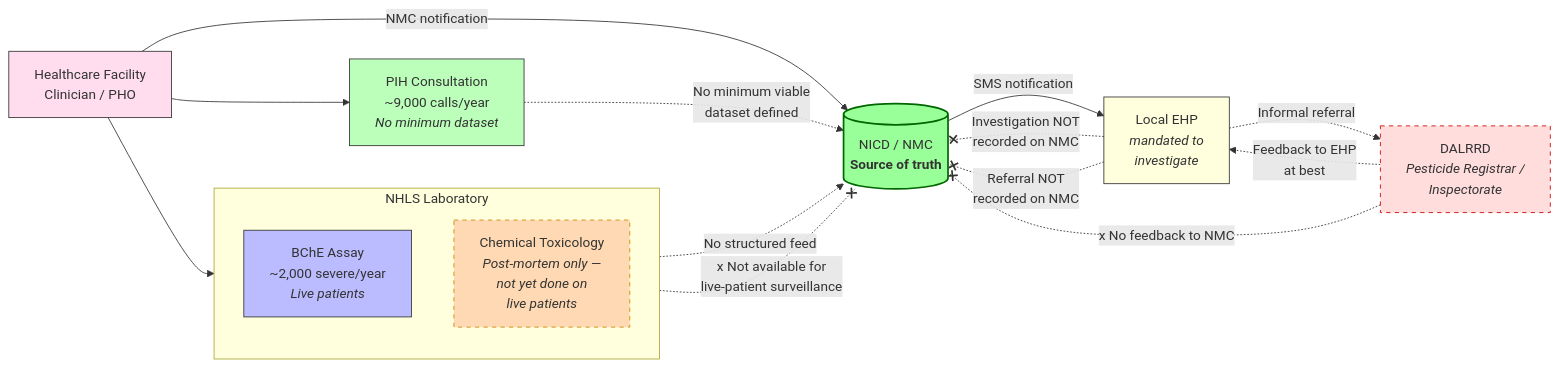
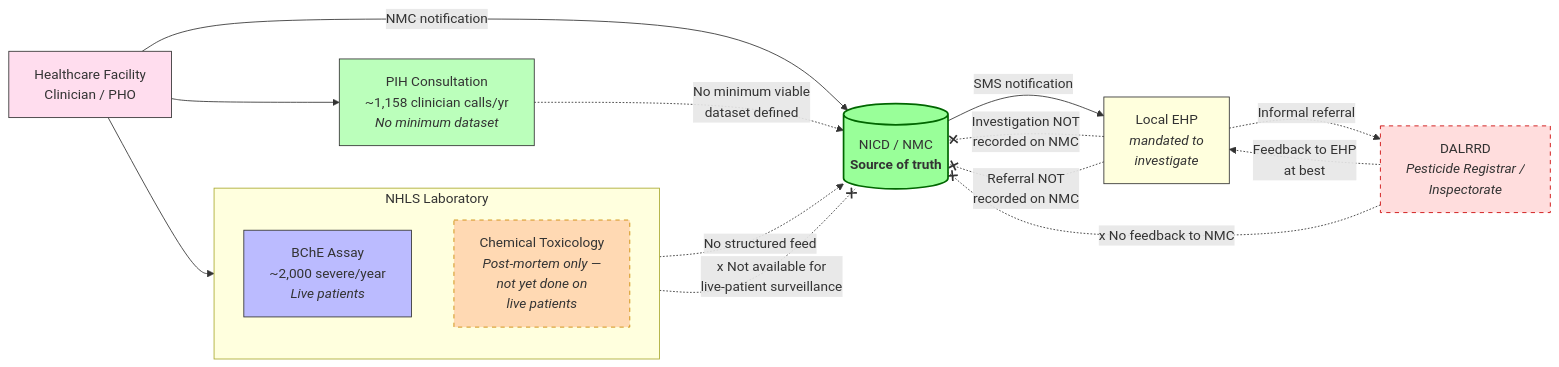
The first of 2 diagrams in posts/surveillance_concept_note.qmd (bridaybrummer/D2P_project), drawn with Mermaid before and after one commit. The commit also changed other lines of this file and 9 other files, not shown here.

````diff
--- a/posts/surveillance_concept_note.qmd
+++ b/posts/surveillance_concept_note.qmd
@@ -43,34 +43,34 @@
 ```{mermaid}
 %%| label: fig-current-system
 %%| fig-cap: "Current (fragmented) surveillance architecture. NICD is the de facto source-of-truth for case notifications. Notifications on the NMC platform trigger an SMS to the local EHP (mandated to investigate) but the investigation outcome is not recorded back on NMC. EHP→DALRRD referral is informal and likewise unrecorded. NHLS holds two distinct laboratory streams — BChE (live patients, ~2,000/yr severe) and Chemical Toxicology (post-mortem only — not yet done on live patients) — neither of which feeds NICD in a structured way. PIH consultations are not captured against a minimum viable dataset."
 flowchart LR
     A[Healthcare Facility<br/>Clinician / PHO] -->|NMC notification| E[("NICD / NMC<br/><b>Source of truth</b>")]
     A --> N[NHLS Laboratory]
 
     subgraph N[NHLS Laboratory]
         direction TB
         C1[BChE Assay<br/>~2,000 severe/year<br/><i>Live patients</i>]
         C2[Chemical Toxicology<br/><i>Post-mortem only —<br/>not yet done on<br/>live patients</i>]
     end
 
-    A --> D[PIH Consultation<br/>~9,000 calls/year<br/><i>No minimum dataset</i>]
+    A --> D[PIH Consultation<br/>~1,158 clinician calls/yr<br/><i>No minimum dataset</i>]
 
     E -->|SMS notification| H[Local EHP<br/><i>mandated to<br/>investigate</i>]
     H -.Investigation NOT<br/>recorded on NMC.-x E
     H -.Informal referral.-> I[DALRRD<br/><i>Pesticide Registrar /<br/>Inspectorate</i>]
     H -.Referral NOT<br/>recorded on NMC.-x E
     I -.Feedback to EHP<br/>at best.-> H
     I -.x No feedback to NMC.-x E
 
     C1 -.No structured feed.-> E
     C2 -.x Not available for<br/>live-patient surveillance.-x E
     D -.No minimum viable<br/>dataset defined.-> E
 
     style E fill:#9f9,stroke:#060,stroke-width:2px
     style A fill:#fde,stroke:#333
     style C1 fill:#bbf,stroke:#333
     style C2 fill:#ffd9b3,stroke:#cc8800,stroke-dasharray: 5 5
     style D fill:#bfb,stroke:#333
     style H fill:#ffd,stroke:#333
     style I fill:#fdd,stroke:#cc0000,stroke-dasharray: 5 5
 ```
````
